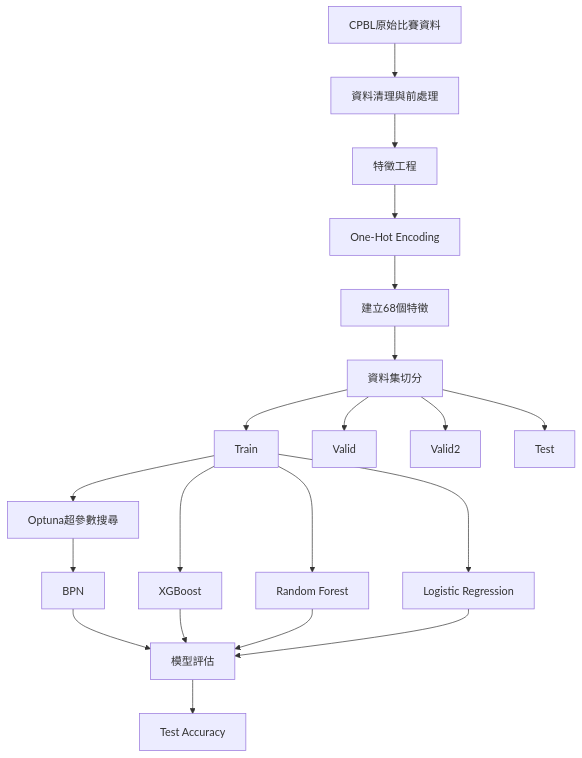
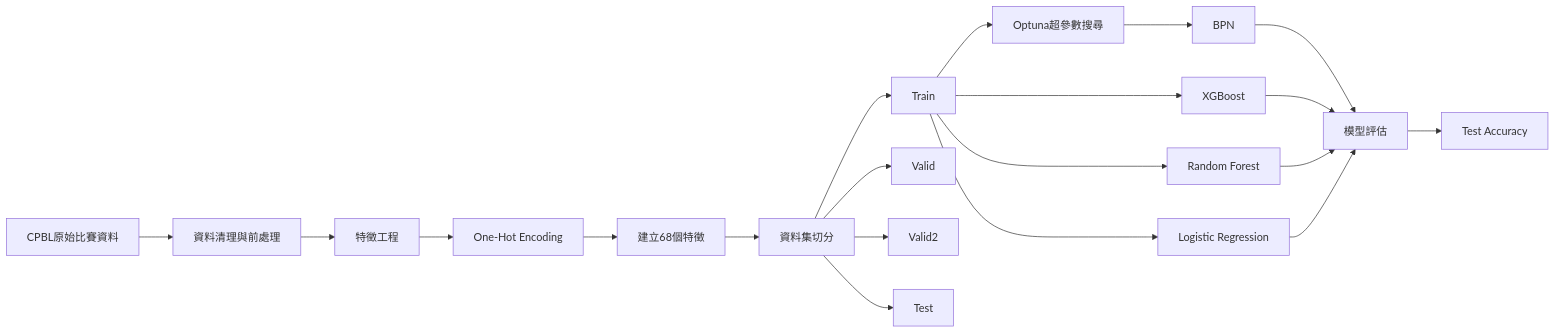
Before and after one commit to choumienmien/CPBL_CrawlerBPN: the diagram in README.md, drawn with Mermaid. The commit also changed other lines of this file, not shown here.

````diff
--- a/README.md
+++ b/README.md
@@ -73,31 +77,31 @@
 ```mermaid
-flowchart TD
+flowchart LR
 
 A[CPBL原始比賽資料]
 --> B[資料清理與前處理]
 
 B --> C[特徵工程]
 C --> D[One-Hot Encoding]
 D --> E[建立68個特徵]
 
 E --> F[資料集切分]
 
 F --> G[Train]
 F --> H[Valid]
 F --> I[Valid2]
 F --> J[Test]
 
 G --> K[Optuna超參數搜尋]
 
 K --> L[BPN]
 G --> M[XGBoost]
 G --> N[Random Forest]
 G --> O[Logistic Regression]
 
 L --> P[模型評估]
 M --> P
 N --> P
 O --> P
 
 P --> Q[Test Accuracy]
 ```
````
